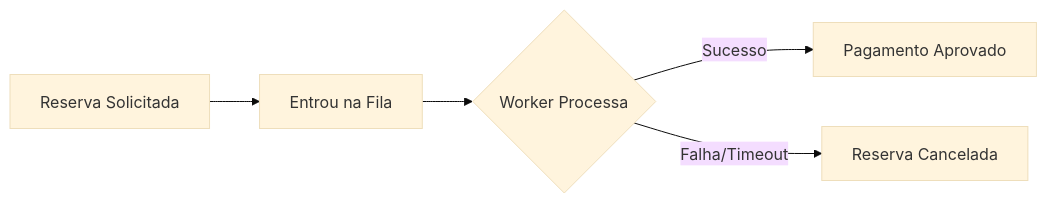
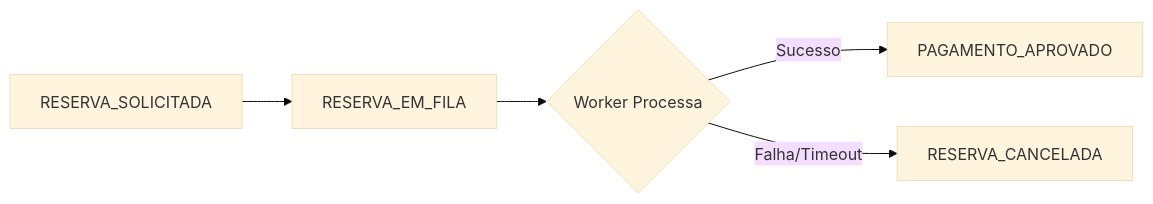
One commit to prof-ronildo-unicatolica/estagio-desenvolvimento-web changed the second of 2 diagrams in docs/03_arquitetura_tecnica/modelagem_dados_mongodb.md. Above: the diagram before and after it, drawn with Mermaid (base theme). The commit also changed other lines of this file and 4 other files, not shown here.

First line of the commit message:
docs: alinha diagramas de classes, casos de uso, sequencia e ERD

````diff
--- a/docs/03_arquitetura_tecnica/modelagem_dados_mongodb.md
+++ b/docs/03_arquitetura_tecnica/modelagem_dados_mongodb.md
@@ -123,7 +124,7 @@
 ```mermaid
 flowchart LR
-    A[Reserva Solicitada] --> B[Entrou na Fila]
+    A[RESERVA_SOLICITADA] --> B[RESERVA_EM_FILA]
     B --> C{Worker Processa}
-    C -->|Sucesso| D[Pagamento Aprovado]
-    C -->|Falha/Timeout| E[Reserva Cancelada]
+    C -->|Sucesso| D[PAGAMENTO_APROVADO]
+    C -->|Falha/Timeout| E[RESERVA_CANCELADA]
 ```
````
